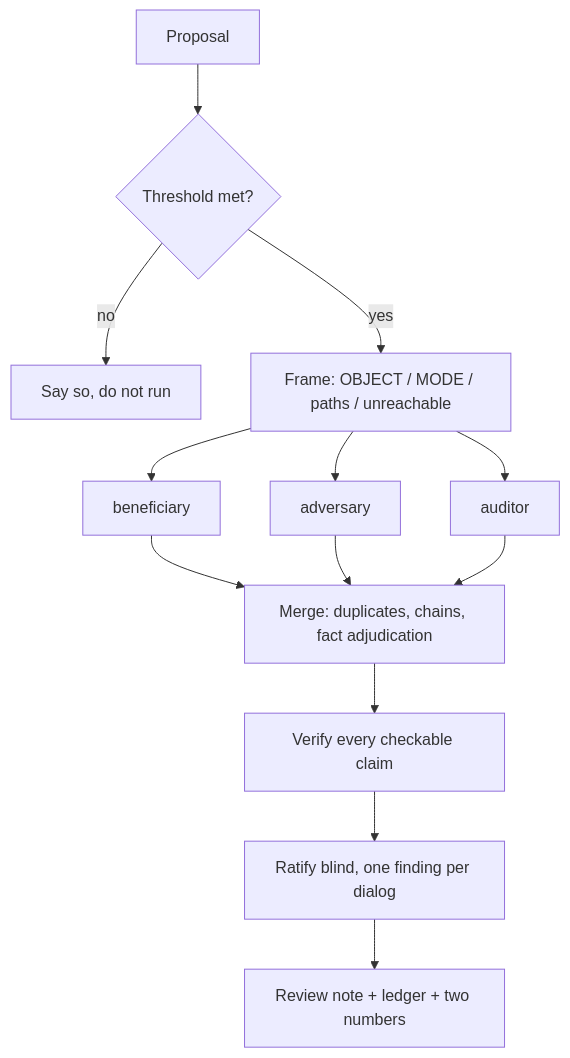
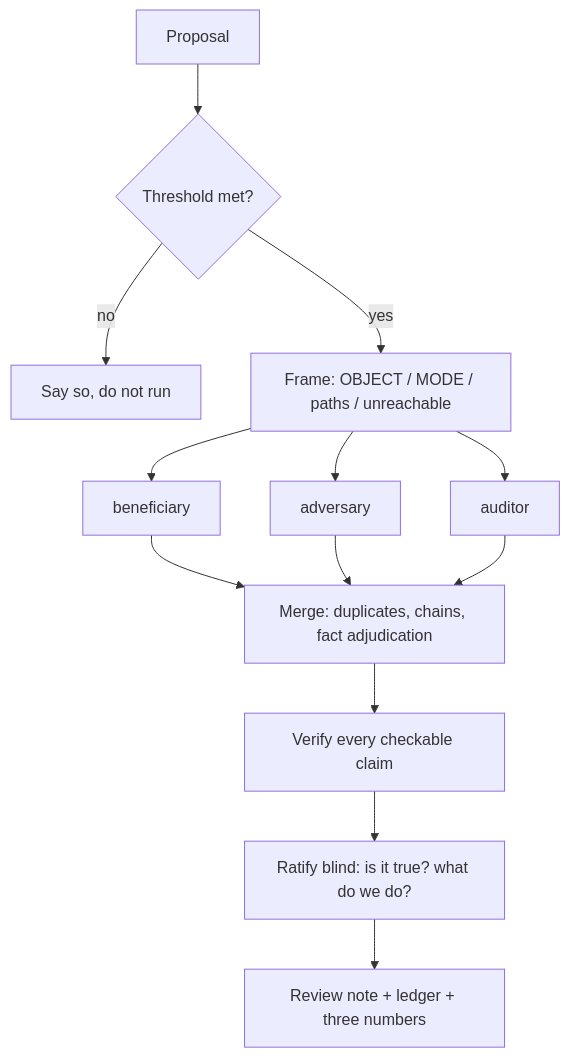
The diagram in README.md (KirillMaksimov/kai-critic), drawn with Mermaid before and after one commit.

Commit message:
README: the flow diagram was still promising two numbers

````diff
--- a/README.md
+++ b/README.md
@@ -28,15 +28,15 @@
 ```mermaid
 flowchart TD
     P[Proposal] --> G{Threshold met?}
     G -->|no| STOP[Say so, do not run]
     G -->|yes| F[Frame: OBJECT / MODE / paths / unreachable]
     F --> L1[beneficiary]
     F --> L2[adversary]
     F --> L3[auditor]
     L1 --> M[Merge: duplicates, chains, fact adjudication]
     L2 --> M
     L3 --> M
     M --> V[Verify every checkable claim]
-    V --> R[Ratify blind, one finding per dialog]
-    R --> LAND[Review note + ledger + two numbers]
+    V --> R[Ratify blind: is it true? what do we do?]
+    R --> LAND[Review note + ledger + three numbers]
 ```
````
